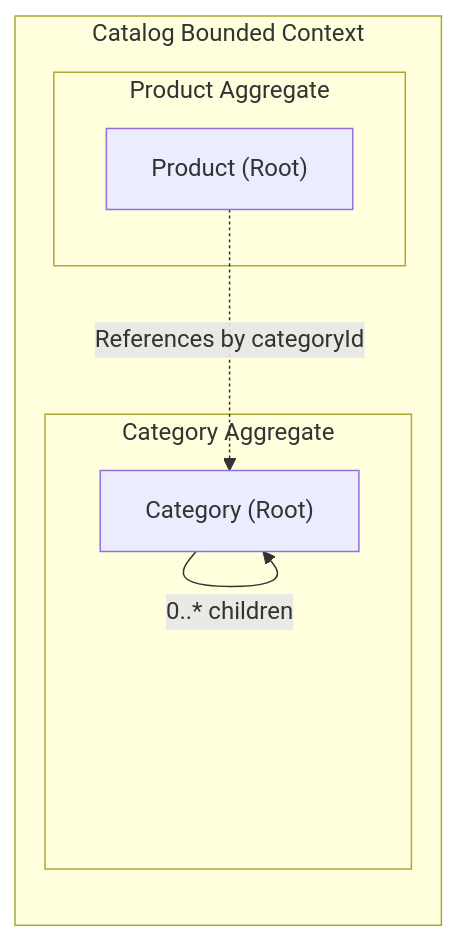
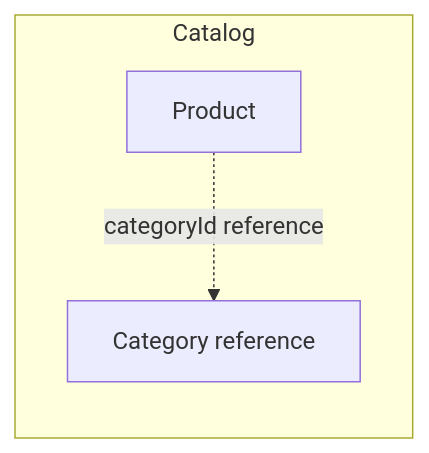
The first of 3 diagrams in docs/spec/domain/catalog/architecture/category-domain-spec.md (khinemyaezin/grab), drawn with Mermaid before and after one commit. The commit also changed other lines of this file and 47 other files, not shown here.

````diff
--- a/docs/spec/domain/catalog/architecture/category-domain-spec.md
+++ b/docs/spec/domain/catalog/architecture/category-domain-spec.md
@@ -18,18 +14,8 @@
 ```mermaid
-flowchart TD
-    subgraph CatalogContext ["Catalog Bounded Context"]
-        direction TB
-
-        subgraph CategoryAgg ["Category Aggregate"]
-            Category["Category (Root)"]
-            Category -->|"0..1 parent"| Category
-            Category -->|"0..* children"| Category
-        end
-
-        subgraph ProductAgg ["Product Aggregate"]
-            Product["Product (Root)"]
-        end
-
-        Product -.->|"References by categoryId"| Category
+flowchart LR
+    subgraph CatalogContext [Catalog]
+        Category["Category reference"]
+        Product["Product"]
+        Product -. "categoryId reference" .-> Category
     end
 ```
````
